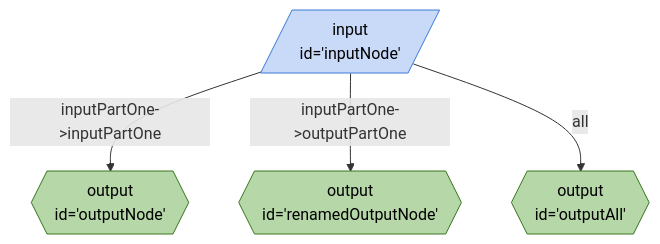
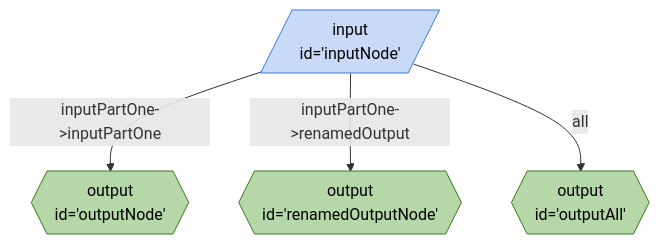
The diagram in samples/Breadboard Walkthrough/output/naming-wiring-parameters.ts.md (GoogleChromeLabs/breadboard-samples), drawn with Mermaid before and after one commit. The commit also changed other lines of this file, not shown here.

Commit message:
Updated diagram

````diff
--- a/samples/Breadboard Walkthrough/output/naming-wiring-parameters.ts.md
+++ b/samples/Breadboard Walkthrough/output/naming-wiring-parameters.ts.md
@@ -3,15 +3,15 @@
 ```mermaid
 %%{init: 'themeVariables': { 'fontFamily': 'Fira Code, monospace' }}%%
 graph TD;
 inputNode[/"input <br> id='inputNode'"/]:::input -- "inputPartOne->inputPartOne" --> outputNode{{"output <br> id='outputNode'"}}:::output
-inputNode[/"input <br> id='inputNode'"/]:::input -- "inputPartOne->outputPartOne" --> renamedOutputNode{{"output <br> id='renamedOutputNode'"}}:::output
+inputNode[/"input <br> id='inputNode'"/]:::input -- "inputPartOne->renamedOutput" --> renamedOutputNode{{"output <br> id='renamedOutputNode'"}}:::output
 inputNode[/"input <br> id='inputNode'"/]:::input -- all --> outputAll{{"output <br> id='outputAll'"}}:::output
 classDef default stroke:#ffab40,fill:#fff2ccff,color:#000
 classDef input stroke:#3c78d8,fill:#c9daf8ff,color:#000
 classDef output stroke:#38761d,fill:#b6d7a8ff,color:#000
 classDef passthrough stroke:#a64d79,fill:#ead1dcff,color:#000
 classDef slot stroke:#a64d79,fill:#ead1dcff,color:#000
 classDef config stroke:#a64d79,fill:#ead1dcff,color:#000
 classDef secrets stroke:#db4437,fill:#f4cccc,color:#000
 classDef slotted stroke:#a64d79
 ```
````
